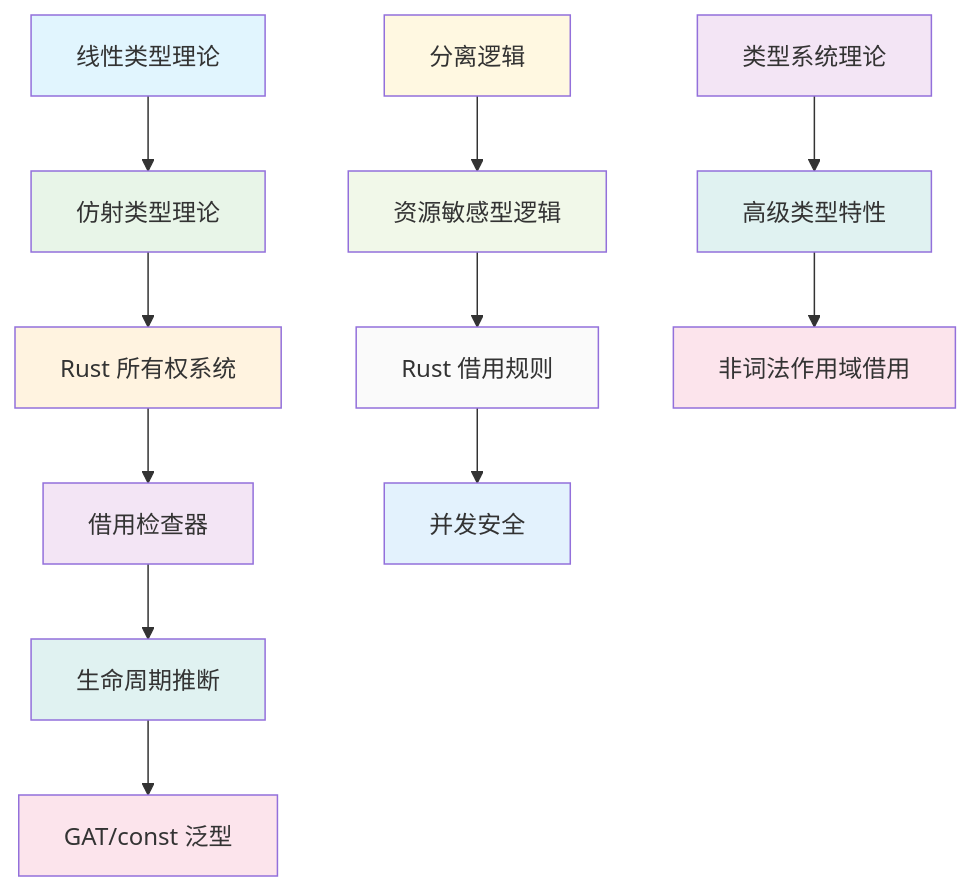
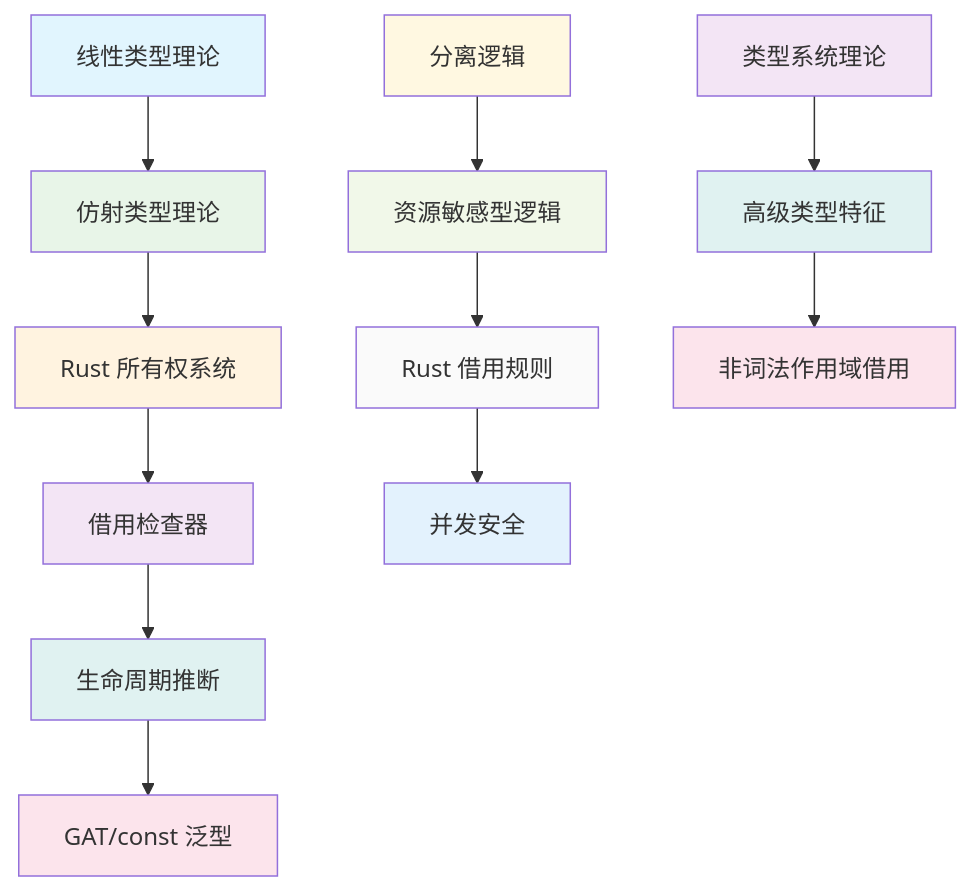
One commit to martin-ly/rust-lang changed the first of 2 diagrams in formal_rust/refactor/01_core_theory/01_variable_system/07_theory_frontier_comparison.md. Above: the diagram before and after it, drawn with Mermaid. The commit also changed other lines of this file and 5740 other files, not shown here.

````diff
--- a/formal_rust/refactor/01_core_theory/01_variable_system/07_theory_frontier_comparison.md
+++ b/formal_rust/refactor/01_core_theory/01_variable_system/07_theory_frontier_comparison.md
@@ -423,29 +423,29 @@
 ```mermaid
 graph TD
     A[线性类型理论] --> B[仿射类型理论]
     B --> C[Rust 所有权系统]
     C --> D[借用检查器]
     D --> E[生命周期推断]
     E --> F[GAT/const 泛型]
     
     G[分离逻辑] --> H[资源敏感型逻辑]
     H --> I[Rust 借用规则]
     I --> J[并发安全]
     
-    K[类型系统理论] --> L[高级类型特性]
+    K[类型系统理论] --> L[高级类型特征]
     L --> M[非词法作用域借用]
     
     style A fill:#e1f5fe
     style B fill:#e8f5e8
     style C fill:#fff3e0
     style D fill:#f3e5f5
     style E fill:#e0f2f1
     style F fill:#fce4ec
     style G fill:#fff8e1
     style H fill:#f1f8e9
     style I fill:#fafafa
     style J fill:#e3f2fd
     style K fill:#f3e5f5
     style L fill:#e0f2f1
     style M fill:#fce4ec
 ```
````
